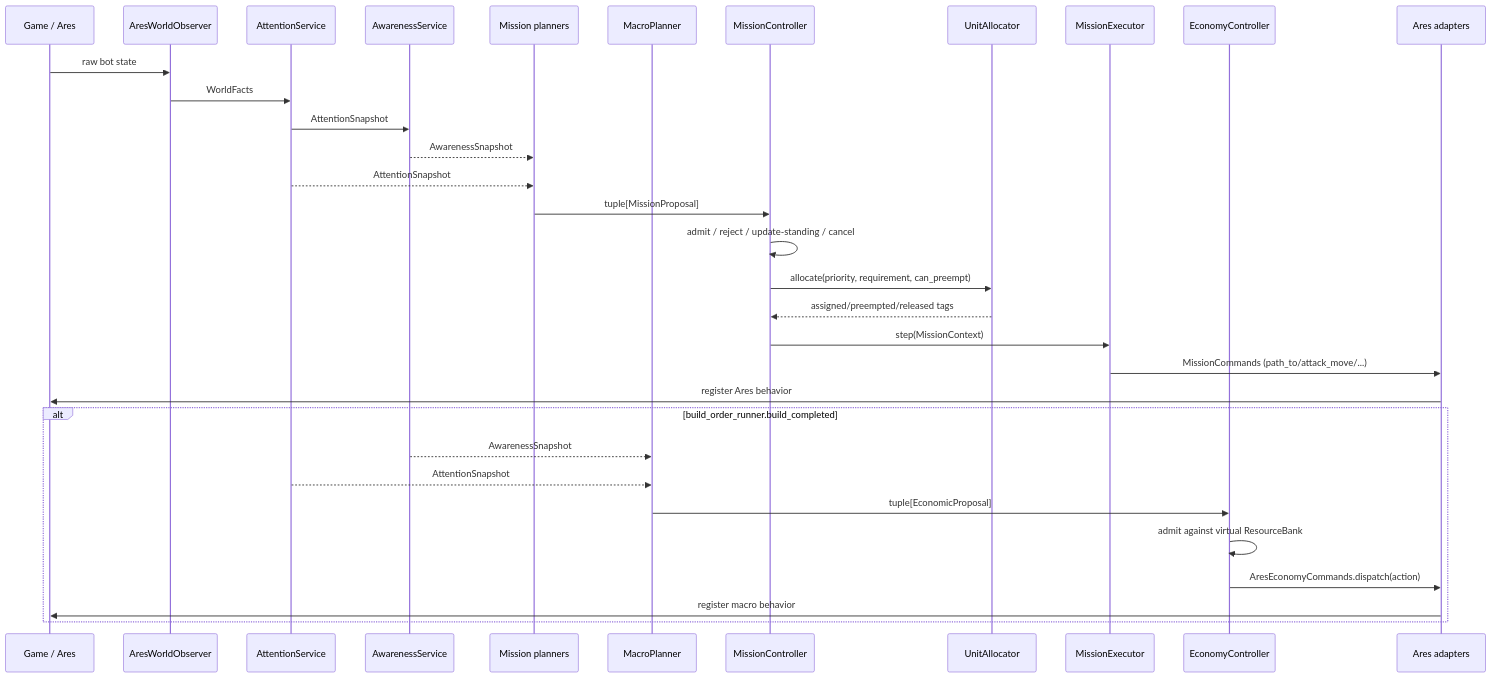
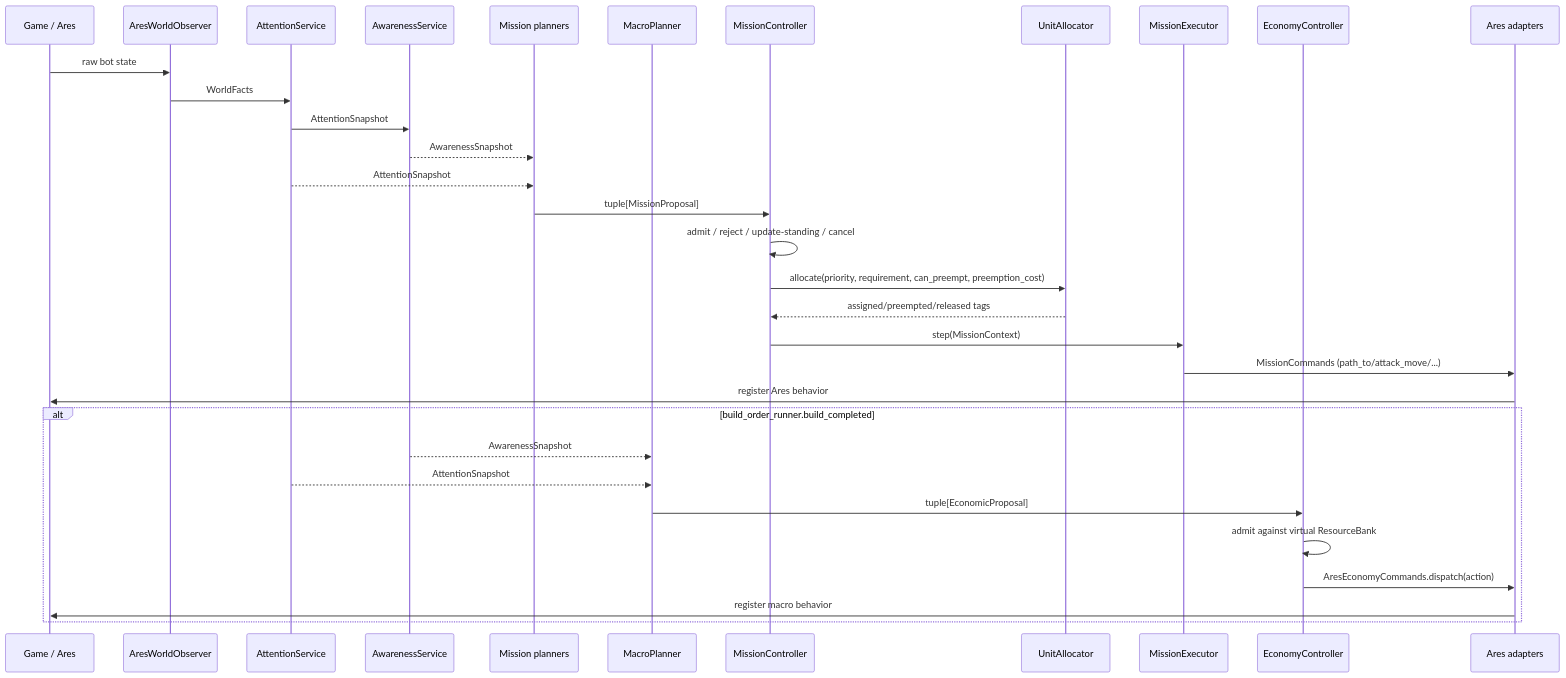
One commit to LeonardoSilvestrin/sc2bot changed the first of 2 diagrams in _botdev/architecture/contracts.md. Above: the diagram before and after it, drawn with Mermaid. The commit also changed other lines of this file and 57 other files, not shown here.

````diff
--- a/_botdev/architecture/contracts.md
+++ b/_botdev/architecture/contracts.md
@@ -84,36 +87,36 @@
 ```mermaid
 sequenceDiagram
     participant Ares as Game / Ares
     participant Obs as AresWorldObserver
     participant Att as AttentionService
     participant Awa as AwarenessService
     participant Pln as Mission planners
     participant Mac as MacroPlanner
     participant MC as MissionController
     participant Alloc as UnitAllocator
     participant Exec as MissionExecutor
     participant EC as EconomyController
     participant Cmd as Ares adapters
 
     Ares->>Obs: raw bot state
     Obs->>Att: WorldFacts
     Att->>Awa: AttentionSnapshot
     Awa-->>Pln: AwarenessSnapshot
     Att-->>Pln: AttentionSnapshot
     Pln->>MC: tuple[MissionProposal]
     MC->>MC: admit / reject / update-standing / cancel
-    MC->>Alloc: allocate(priority, requirement, can_preempt)
+    MC->>Alloc: allocate(priority, requirement, can_preempt, preemption_cost)
     Alloc-->>MC: assigned/preempted/released tags
     MC->>Exec: step(MissionContext)
     Exec->>Cmd: MissionCommands (path_to/attack_move/...)
     Cmd->>Ares: register Ares behavior
 
     alt build_order_runner.build_completed
         Awa-->>Mac: AwarenessSnapshot
         Att-->>Mac: AttentionSnapshot
         Mac->>EC: tuple[EconomicProposal]
         EC->>EC: admit against virtual ResourceBank
         EC->>Cmd: AresEconomyCommands.dispatch(action)
         Cmd->>Ares: register macro behavior
     end
 ```
````
